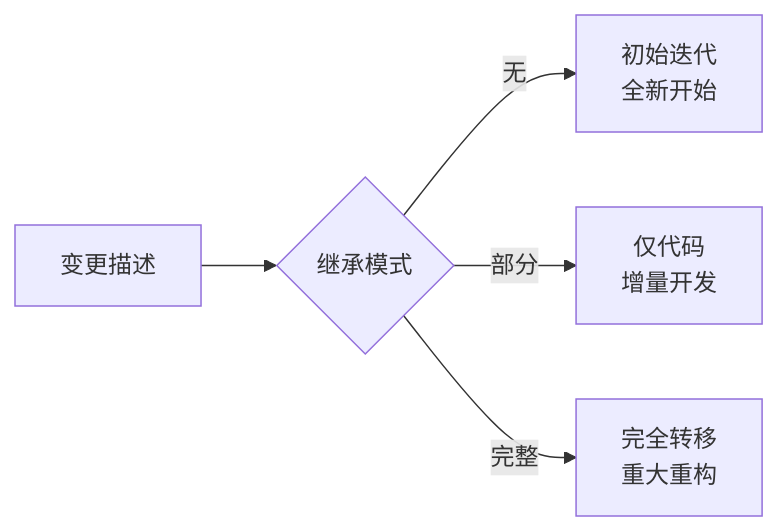
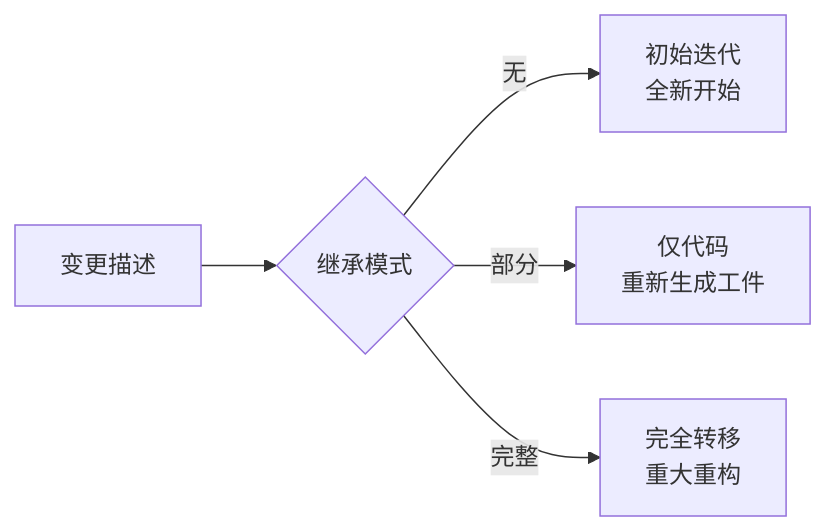
One commit to sopaco/cowork-forge changed the third of 5 diagrams in litho.docs/zh/4、深入探索/4.1、领域实体.md. Above: the diagram before and after it, drawn with Mermaid. The commit also changed other lines of this file and 7 other files, not shown here.

````diff
--- a/litho.docs/zh/4、深入探索/4.1、领域实体.md
+++ b/litho.docs/zh/4、深入探索/4.1、领域实体.md
@@ -176,7 +176,7 @@
 ```mermaid
 flowchart LR
     A[变更描述] --> B{继承模式}
     B -->|无| C[初始迭代<br/>全新开始]
-    B -->|部分| D[仅代码<br/>增量开发]
+    B -->|部分| D[仅代码<br/>重新生成工件]
     B -->|完整| E[完全转移<br/>重大重构]
 ```
````
